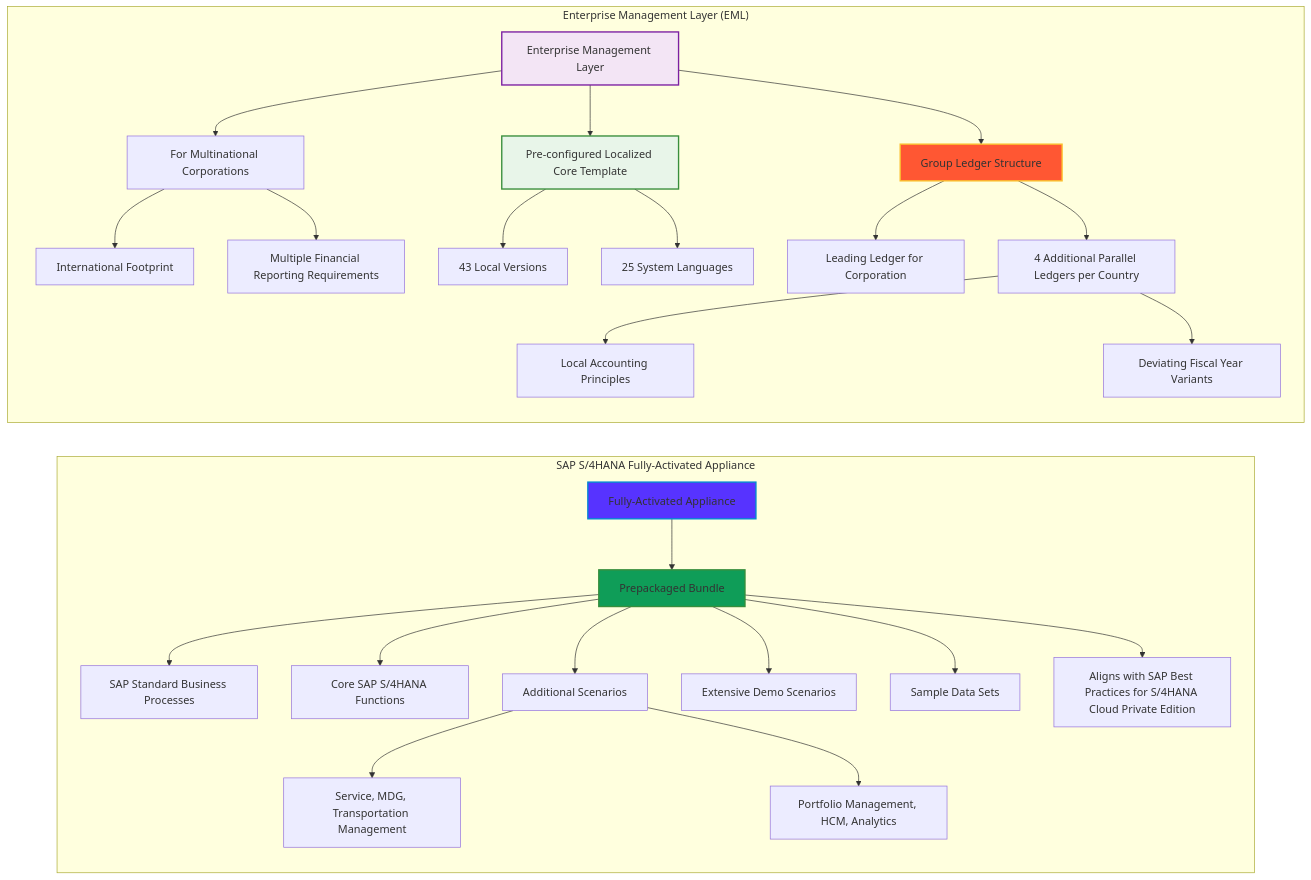
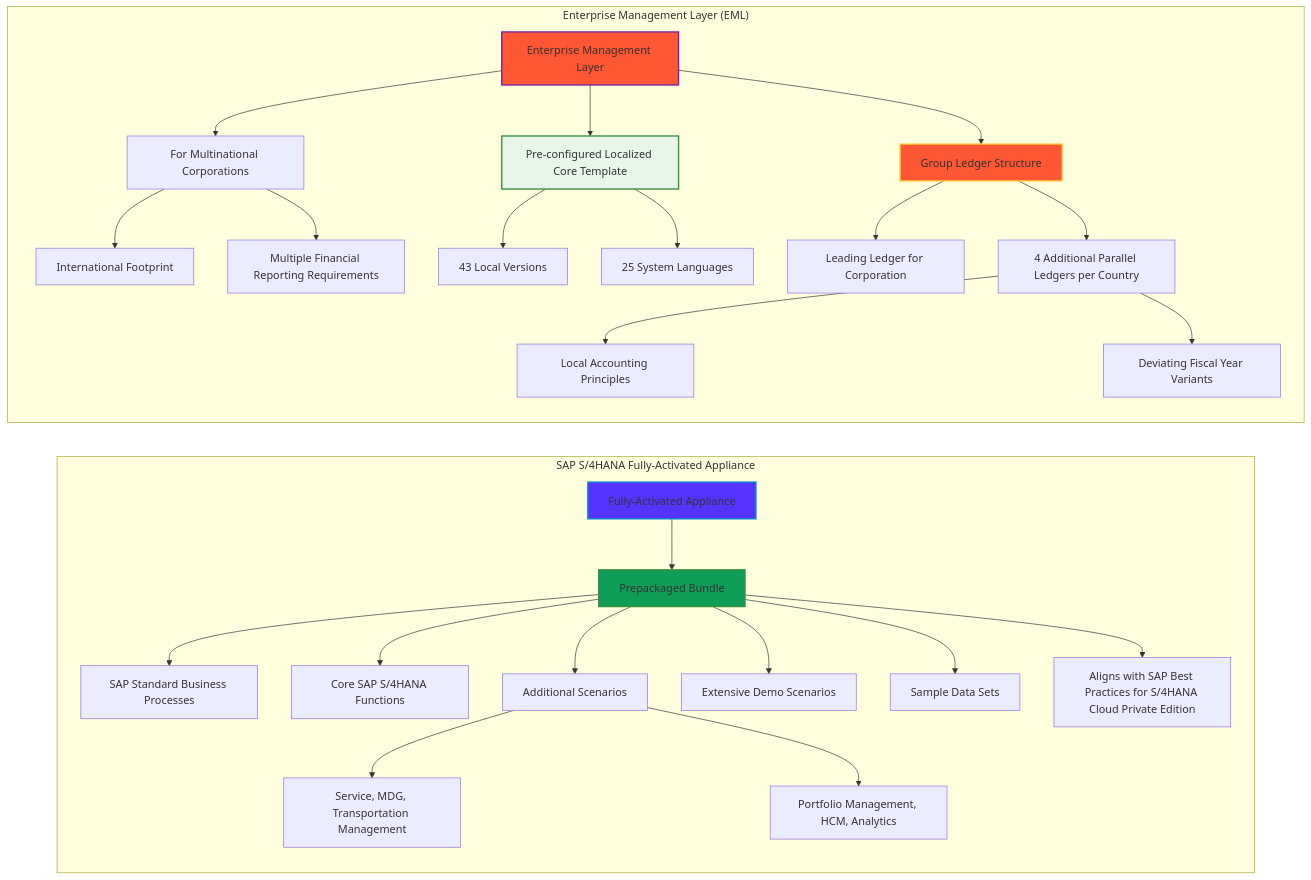
One commit to sapflashcards/S4CPE changed the diagram in eml-vs-appliance.md. Above: the diagram before and after it, drawn with Mermaid.

````diff
--- a/eml-vs-appliance.md
+++ b/eml-vs-appliance.md
@@ -1,34 +1,34 @@
 ```mermaid
 graph LR
     subgraph "SAP S/4HANA Fully-Activated Appliance"
         A[Fully-Activated Appliance] --> B[Prepackaged Bundle]
         B --> C[SAP Standard Business Processes]
         B --> D[Core SAP S/4HANA Functions]
         B --> E[Additional Scenarios]
         E --> F[Service, MDG, Transportation Management]
         E --> G[Portfolio Management, HCM, Analytics]
         B --> H[Extensive Demo Scenarios]
         B --> I[Sample Data Sets]
         B --> J[Aligns with SAP Best Practices for S/4HANA Cloud Private Edition]
     end
     
     subgraph "Enterprise Management Layer (EML)"
         K[Enterprise Management Layer] --> L[For Multinational Corporations]
         L --> M[International Footprint]
         L --> N[Multiple Financial Reporting Requirements]
         K --> O[Pre-configured Localized Core Template]
         O --> P[43 Local Versions]
         O --> Q[25 System Languages]
         K --> R[Group Ledger Structure]
         R --> S[Leading Ledger for Corporation]
         R --> T[4 Additional Parallel Ledgers per Country]
         T --> U[Local Accounting Principles]
         T --> V[Deviating Fiscal Year Variants]
     end
     
     style A fill:#5733FF,stroke:#0288d1,stroke-width:2px
-    style K fill:#f3e5f5,stroke:#7b1fa2,stroke-width:2px
+    style K fill:#FF5733,stroke:#7b1fa2,stroke-width:2px
     style B fill:#0F9D58,stroke:#388e3c,stroke-width:2px
     style O fill:#e8f5e9,stroke:#388e3c,stroke-width:2px
     style R fill:#FF5733,stroke:#fbc02d,stroke-width:2px
 ```
````
